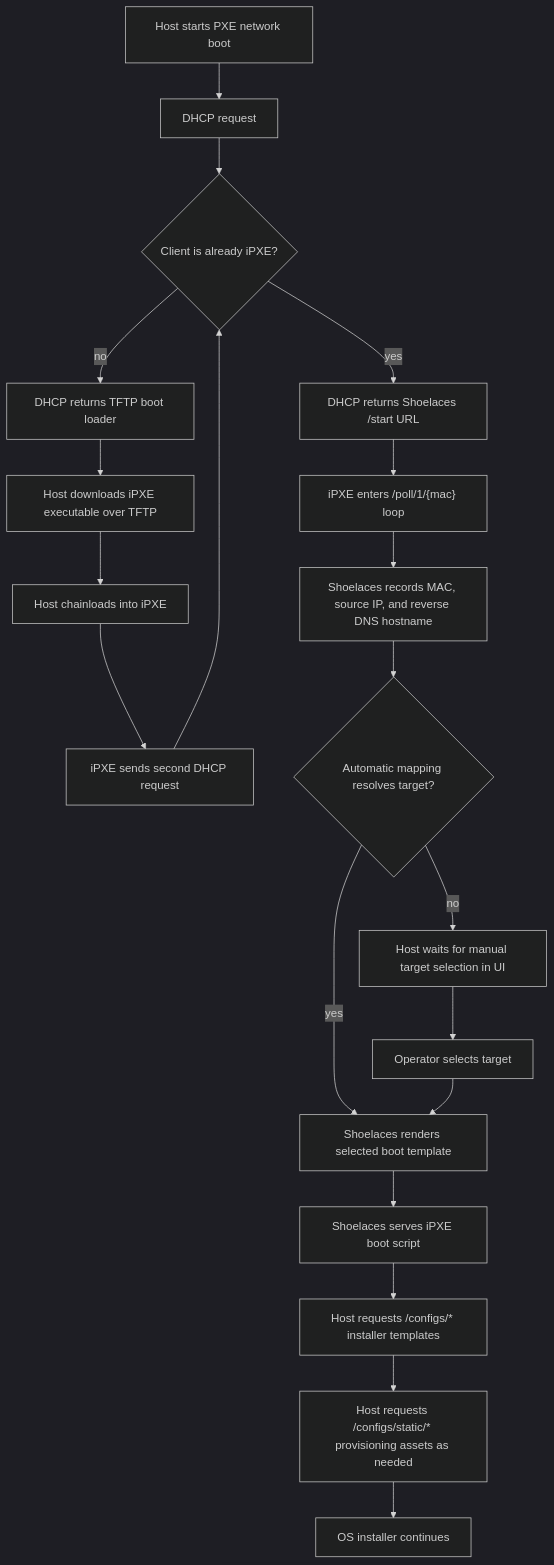
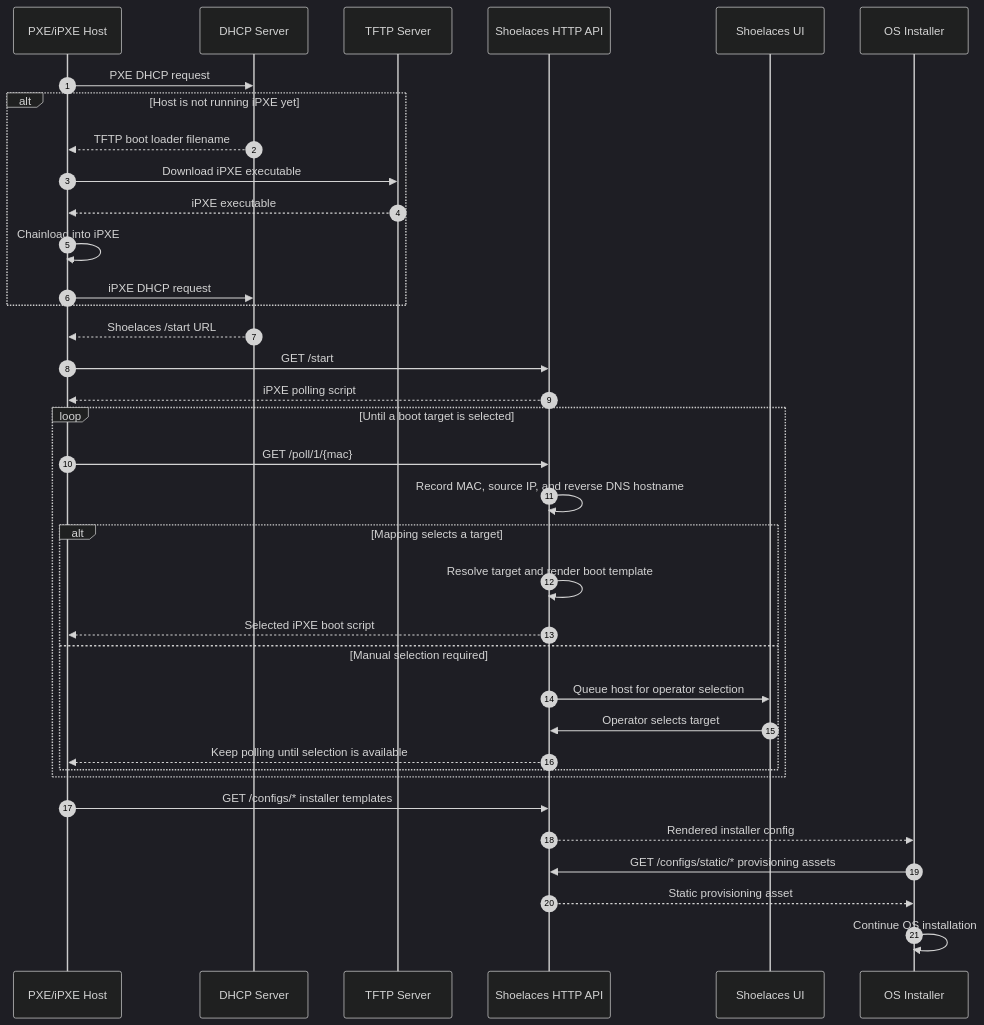
Before and after one commit to inngest/shoelaces: the diagram in docs/network-boot.md, drawn with Mermaid (dark theme).

Commit message:
docs: convert network boot diagram to sequence

````diff
--- a/docs/network-boot.md
+++ b/docs/network-boot.md
@@ -14,26 +14,41 @@
 ```mermaid
-flowchart TD
-    host["Host starts PXE network boot"] --> dhcp1["DHCP request"]
-    dhcp1 --> pxeDecision{"Client is already iPXE?"}
+sequenceDiagram
+    autonumber
+    participant Host as PXE/iPXE Host
+    participant DHCP as DHCP Server
+    participant TFTP as TFTP Server
+    participant Shoelaces as Shoelaces HTTP API
+    participant UI as Shoelaces UI
+    participant Installer as OS Installer
 
-    pxeDecision -- no --> tftp["DHCP returns TFTP boot loader"]
-    tftp --> loader["Host downloads iPXE executable over TFTP"]
-    loader --> ipxe["Host chainloads into iPXE"]
-    ipxe --> dhcp2["iPXE sends second DHCP request"]
-    dhcp2 --> pxeDecision
+    Host->>DHCP: PXE DHCP request
+    alt Host is not running iPXE yet
+        DHCP-->>Host: TFTP boot loader filename
+        Host->>TFTP: Download iPXE executable
+        TFTP-->>Host: iPXE executable
+        Host->>Host: Chainload into iPXE
+        Host->>DHCP: iPXE DHCP request
+    end
+    DHCP-->>Host: Shoelaces /start URL
+    Host->>Shoelaces: GET /start
+    Shoelaces-->>Host: iPXE polling script
 
-    pxeDecision -- yes --> start["DHCP returns Shoelaces /start URL"]
-    start --> poll["iPXE enters /poll/1/{mac} loop"]
-    poll --> identity["Shoelaces records MAC, source IP, and reverse DNS hostname"]
-    identity --> mapping{"Automatic mapping resolves target?"}
+    loop Until a boot target is selected
+        Host->>Shoelaces: GET /poll/1/{mac}
+        Shoelaces->>Shoelaces: Record MAC, source IP, and reverse DNS hostname
+        alt Mapping selects a target
+            Shoelaces->>Shoelaces: Resolve target and render boot template
+            Shoelaces-->>Host: Selected iPXE boot script
+        else Manual selection required
+            Shoelaces->>UI: Queue host for operator selection
+            UI->>Shoelaces: Operator selects target
+            Shoelaces-->>Host: Keep polling until selection is available
+        end
+    end
 
-    mapping -- yes --> render["Shoelaces renders selected boot template"]
-    mapping -- no --> queue["Host waits for manual target selection in UI"]
-    queue --> operator["Operator selects target"]
-    operator --> render
-
-    render --> bootScript["Shoelaces serves iPXE boot script"]
-    bootScript --> configs["Host requests /configs/* installer templates"]
-    configs --> static["Host requests /configs/static/* provisioning assets as needed"]
-    static --> install["OS installer continues"]
+    Host->>Shoelaces: GET /configs/* installer templates
+    Shoelaces-->>Installer: Rendered installer config
+    Installer->>Shoelaces: GET /configs/static/* provisioning assets
+    Shoelaces-->>Installer: Static provisioning asset
+    Installer->>Installer: Continue OS installation
 ```
````
